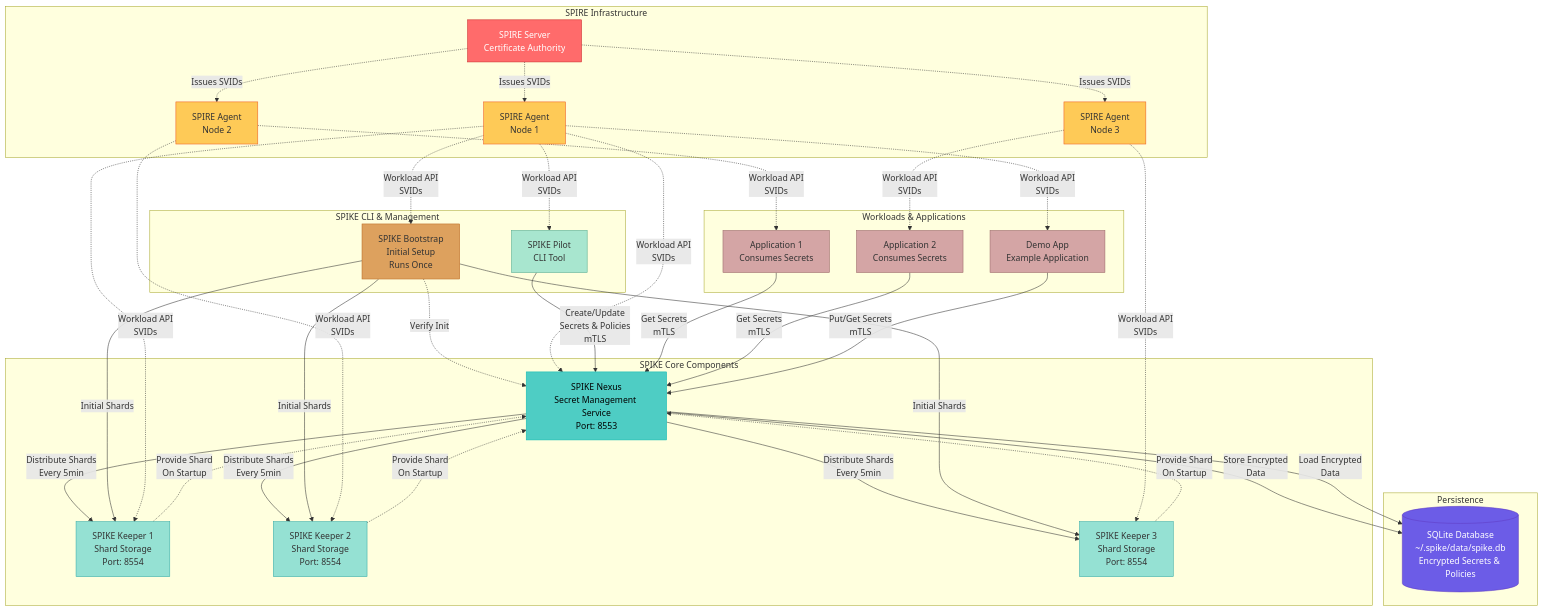
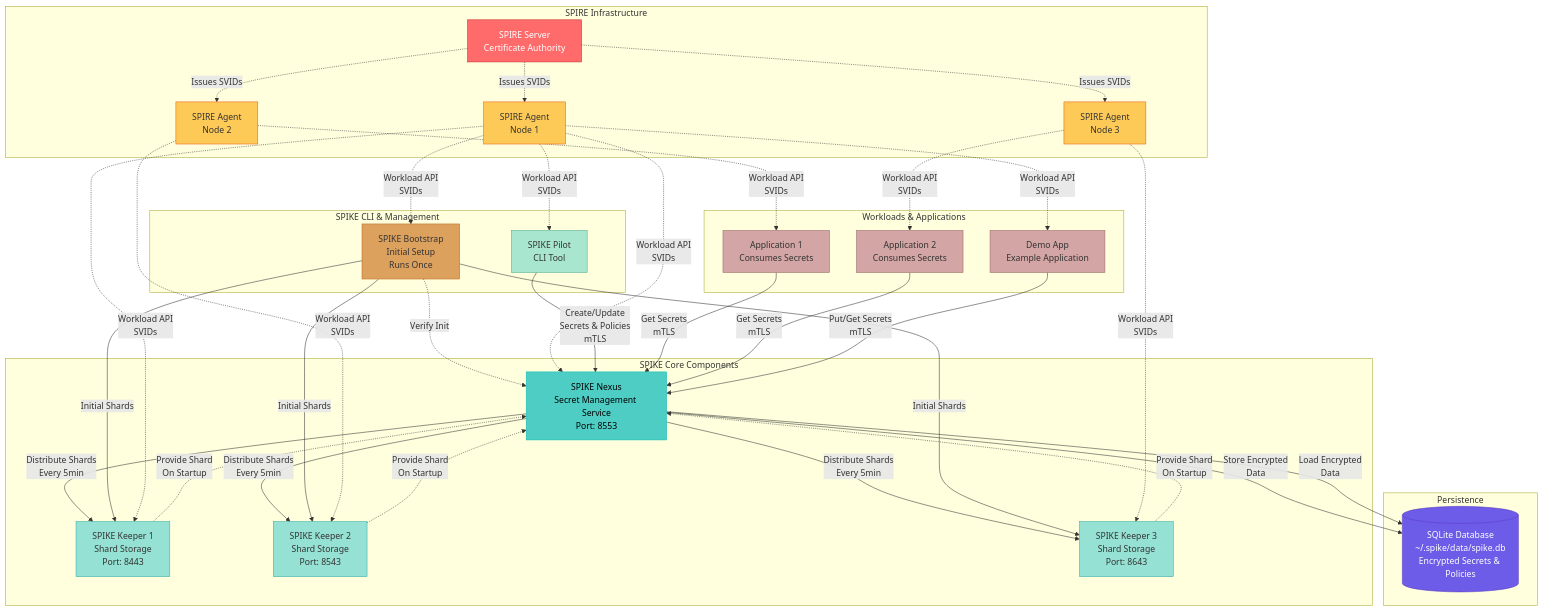
Before and after one commit to spiffe/spike: the diagram in diagrams/022-spike-system-overview.md, drawn with Mermaid. The commit also changed 25 other files, not shown here.

```diff
--- a/diagrams/022-spike-system-overview.md
+++ b/diagrams/022-spike-system-overview.md
@@ -17,9 +17,9 @@
 
     subgraph "SPIKE Core Components"
         NEXUS[SPIKE Nexus<br/>Secret Management Service<br/>Port: 8553]
-        KEEPER1[SPIKE Keeper 1<br/>Shard Storage<br/>Port: 8554]
-        KEEPER2[SPIKE Keeper 2<br/>Shard Storage<br/>Port: 8554]
-        KEEPER3[SPIKE Keeper 3<br/>Shard Storage<br/>Port: 8554]
+        KEEPER1[SPIKE Keeper 1<br/>Shard Storage<br/>Port: 8443]
+        KEEPER2[SPIKE Keeper 2<br/>Shard Storage<br/>Port: 8543]
+        KEEPER3[SPIKE Keeper 3<br/>Shard Storage<br/>Port: 8643]
 
         NEXUS -->|Distribute Shards<br/>Every 5min| KEEPER1
         NEXUS -->|Distribute Shards<br/>Every 5min| KEEPER2
```
